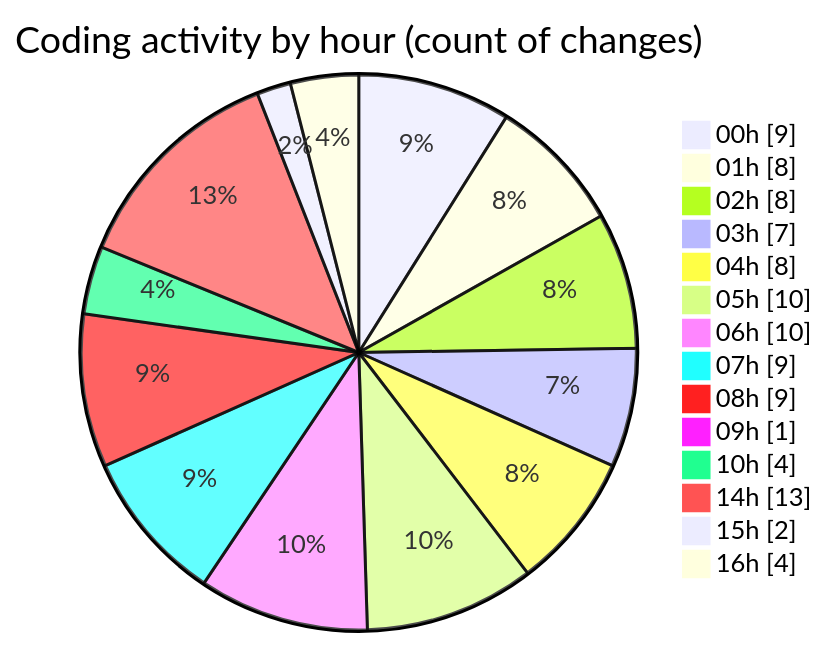
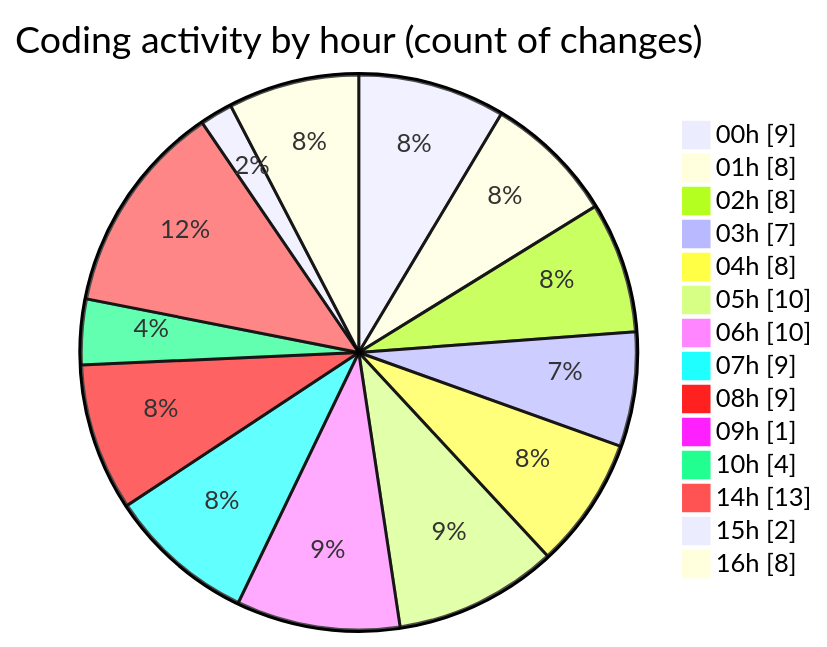
Before and after one commit to jrari/code-tracking: the second of 2 diagrams in 2025-07-14/telebot/README.md, drawn with Mermaid. The commit also changed other lines of this file and 1 other file, not shown here.

````diff
--- a/2025-07-14/telebot/README.md
+++ b/2025-07-14/telebot/README.md
@@ -68,18 +68,18 @@
 ```mermaid
 pie showData
 title Coding activity by hour (count of changes)
 "00h" : 9
 "01h" : 8
 "02h" : 8
 "03h" : 7
 "04h" : 8
 "05h" : 10
 "06h" : 10
 "07h" : 9
 "08h" : 9
 "09h" : 1
 "10h" : 4
 "14h" : 13
 "15h" : 2
-"16h" : 4
+"16h" : 8
 ```
````
